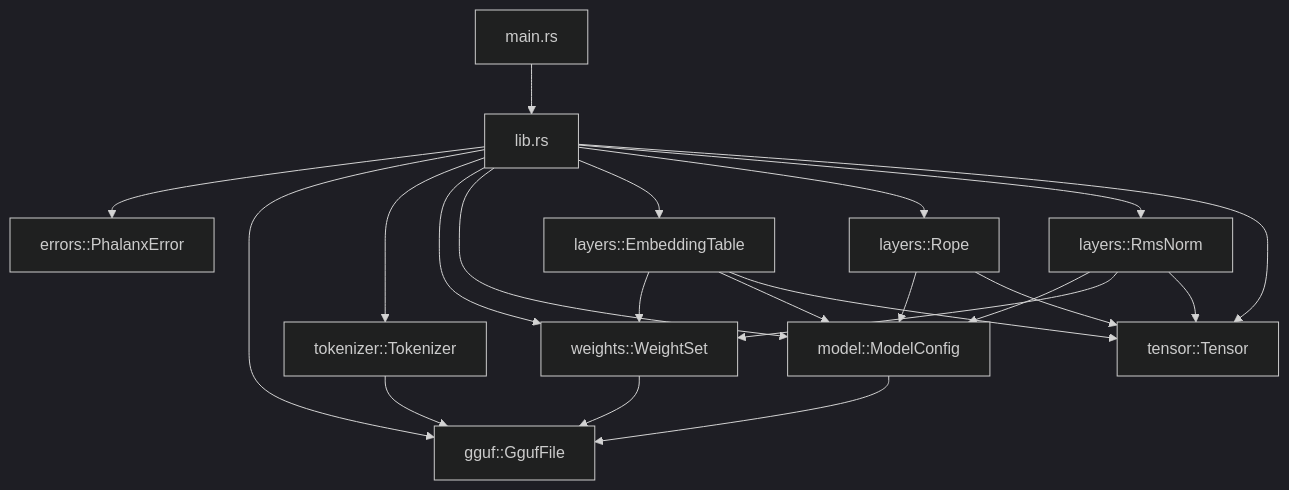
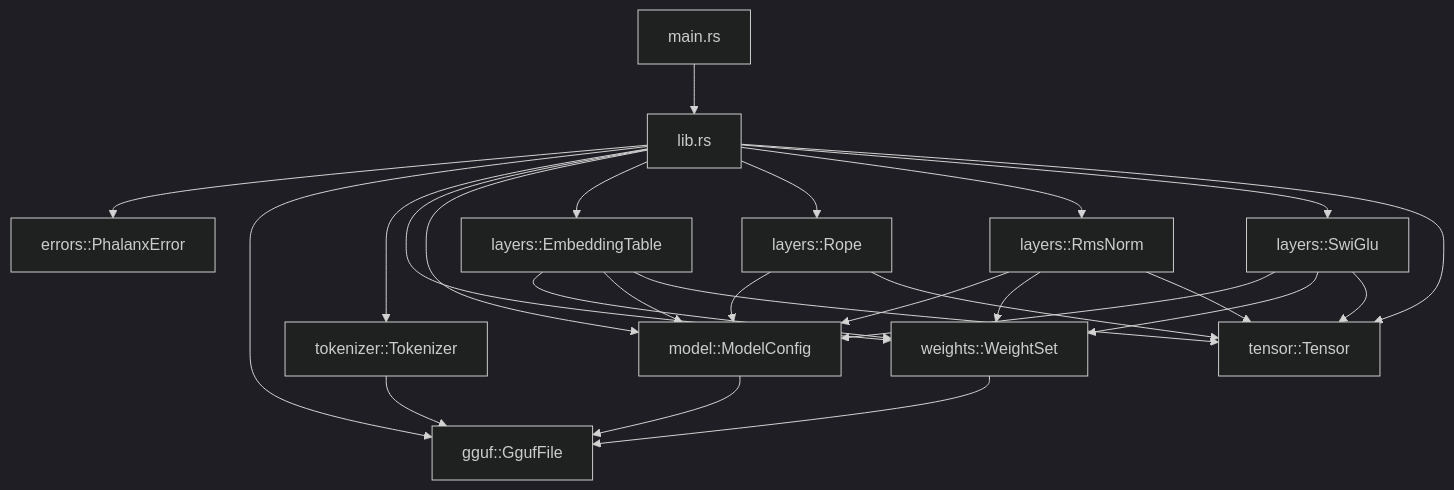
One commit to 404khai/phalanx changed the first of 2 diagrams in docs/architecture.md. Above: the diagram before and after it, drawn with Mermaid (dark theme). The commit also changed other lines of this file and 14 other files, not shown here.

First line of the commit message:
feat(layers): add Llama-style SwiGLU feed-forward network

````diff
--- a/docs/architecture.md
+++ b/docs/architecture.md
@@ -16,36 +16,41 @@
 ```mermaid
 flowchart TB
     main["main.rs"]
     lib["lib.rs"]
     errors["errors::PhalanxError"]
     gguf["gguf::GgufFile"]
     tok["tokenizer::Tokenizer"]
     weights["weights::WeightSet"]
     model["model::ModelConfig"]
     emb["layers::EmbeddingTable"]
     rope["layers::Rope"]
     rms["layers::RmsNorm"]
+    ffn["layers::SwiGlu"]
     tensor["tensor::Tensor"]
 
     main --> lib
     lib --> errors
     lib --> gguf
     lib --> tok
     lib --> weights
     lib --> model
     lib --> emb
     lib --> rope
     lib --> rms
+    lib --> ffn
     lib --> tensor
     tok --> gguf
     weights --> gguf
     model --> gguf
     emb --> weights
     emb --> model
     rope --> model
     rms --> model
     rms --> weights
+    ffn --> model
+    ffn --> weights
     emb --> tensor
     rope --> tensor
     rms --> tensor
+    ffn --> tensor
 ```
````
